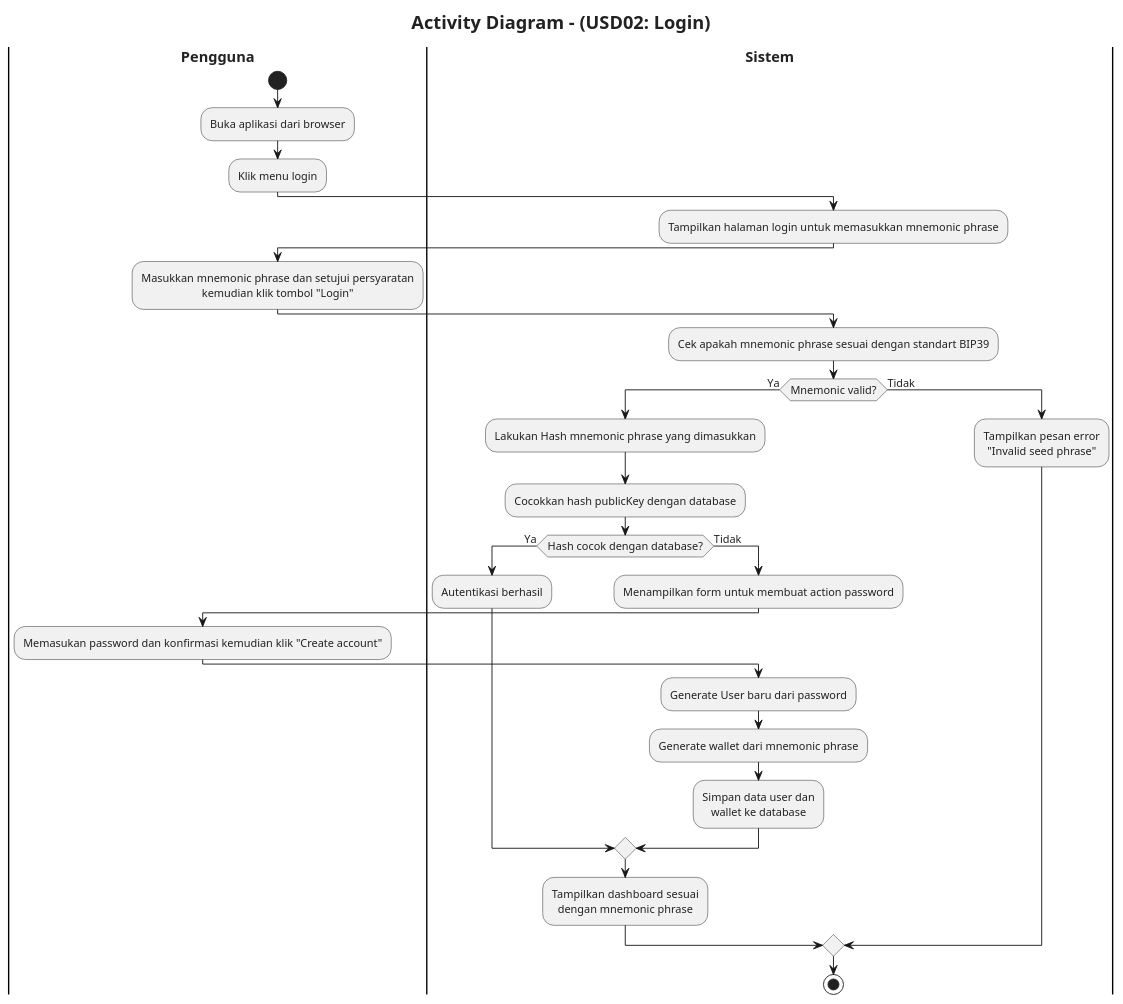
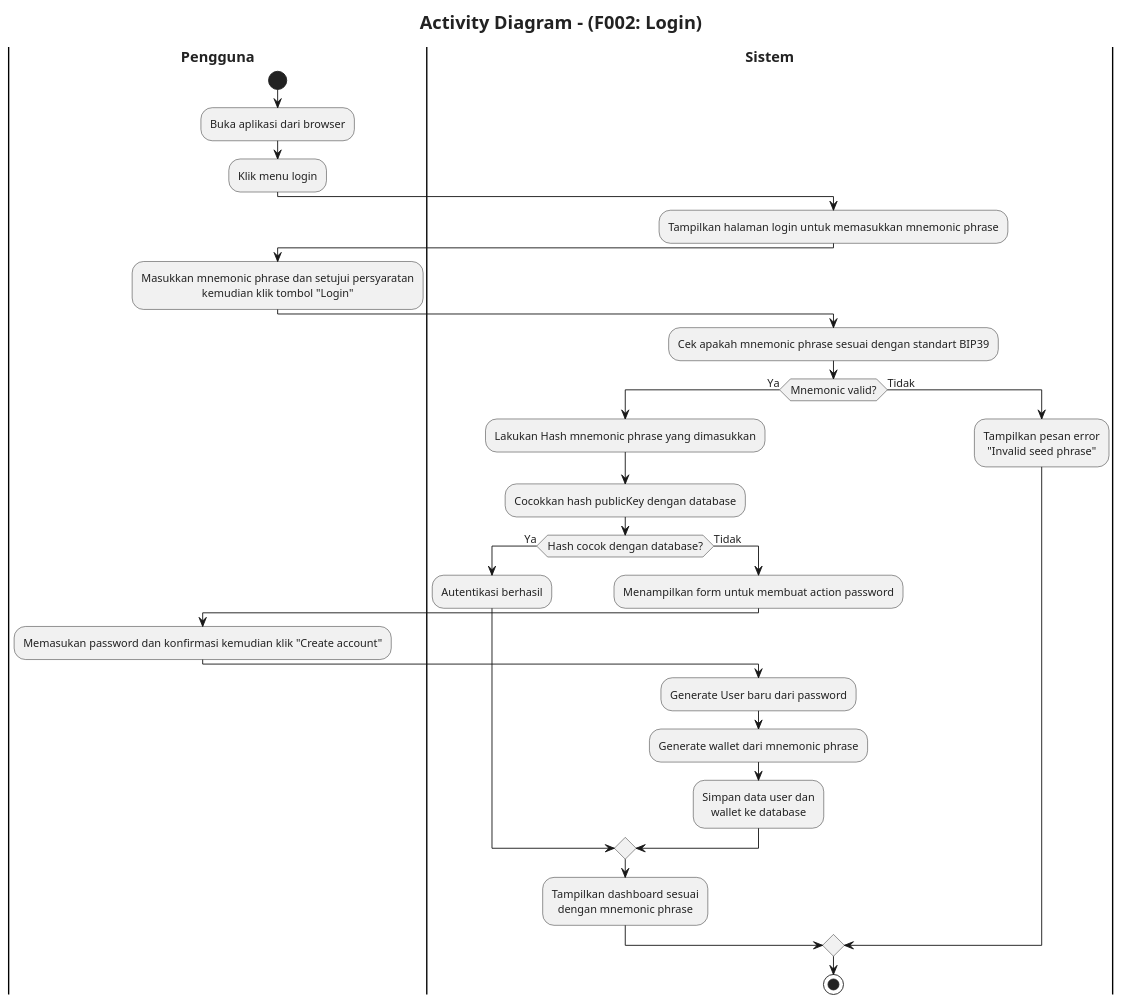
The diagram in activity-diagram/02_Login.puml (syafiq-ubay/walldoc-plantUML), drawn with PlantUML before and after one commit. The commit also changed 12 other files, not shown here.

Commit message:
fiix code activity diagram

```diff
--- a/activity-diagram/02_Login.puml
+++ b/activity-diagram/02_Login.puml
@@ -1,43 +1,43 @@
 @startuml
 skinparam defaultFontName "JetBrains Mono"
 skinparam defaultFontSize 12
 skinparam defaultFontColor #222222
 skinparam titleFontSize 20
 skinparam DefaultTextAlignment center
-title Activity Diagram - (USD02: Login)
+title Activity Diagram - (F002: Login)
 
 |<b><font size=16>Pengguna</font></b>|
 start
 :Buka aplikasi dari browser;
 :Klik menu login;
 |<b><font size=16>Sistem</font></b>|
 :Tampilkan halaman login untuk memasukkan mnemonic phrase;
 |<b><font size=16>Pengguna</font></b>|
 :Masukkan mnemonic phrase dan setujui persyaratan
 kemudian klik tombol "Login";
 |<b><font size=16>Sistem</font></b>|
 :Cek apakah mnemonic phrase sesuai dengan standart BIP39;
 if (Mnemonic valid?) then (Ya)
   :Lakukan Hash mnemonic phrase yang dimasukkan;
   :Cocokkan hash publicKey dengan database;
   if (Hash cocok dengan database?) then (Ya)
     :Autentikasi berhasil;
     else (Tidak)
     :Menampilkan form untuk membuat action password;
     |<b><font size=16>Pengguna</font></b>|
     :Memasukan password dan konfirmasi kemudian klik "Create account";
     |<b><font size=16>Sistem</font></b>|
     :Generate User baru dari password;
     :Generate wallet dari mnemonic phrase;
     :Simpan data user dan
     wallet ke database;
   endif
   :Tampilkan dashboard sesuai
   dengan mnemonic phrase;
 else (Tidak)
   :Tampilkan pesan error
   "Invalid seed phrase";
 endif
 stop
 
 @enduml
```
